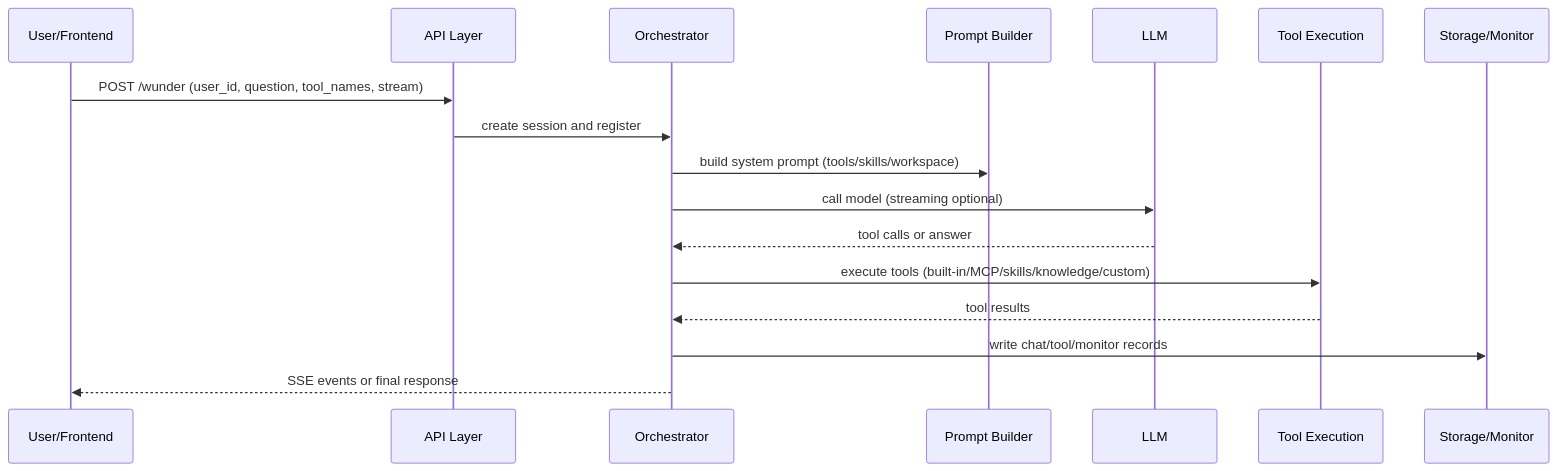
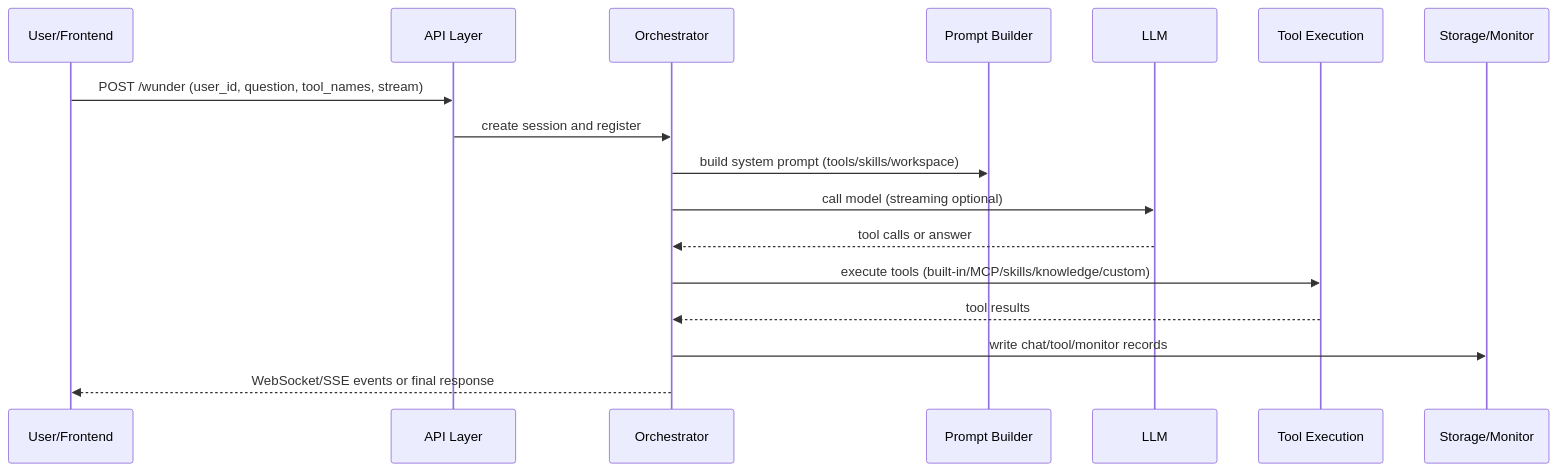
The second of 3 diagrams in docs/System-Overview.md (ylsdamxssjxxdd/wunder), drawn with Mermaid before and after one commit. The commit also changed other lines of this file and 5 other files, not shown here.

Commit message:
补充架构与系统介绍中的 WebSocket 默认传输说明

````diff
--- a/docs/System-Overview.md
+++ b/docs/System-Overview.md
@@ -54,20 +54,20 @@
 ```mermaid
 sequenceDiagram
   participant U as User/Frontend
   participant API as API Layer
   participant O as Orchestrator
   participant P as Prompt Builder
   participant L as LLM
   participant T as Tool Execution
   participant S as Storage/Monitor
 
   U->>API: POST /wunder (user_id, question, tool_names, stream)
   API->>O: create session and register
   O->>P: build system prompt (tools/skills/workspace)
   O->>L: call model (streaming optional)
   L-->>O: tool calls or answer
   O->>T: execute tools (built-in/MCP/skills/knowledge/custom)
   T-->>O: tool results
   O->>S: write chat/tool/monitor records
-  O-->>U: SSE events or final response
+  O-->>U: WebSocket/SSE events or final response
 ```
````
